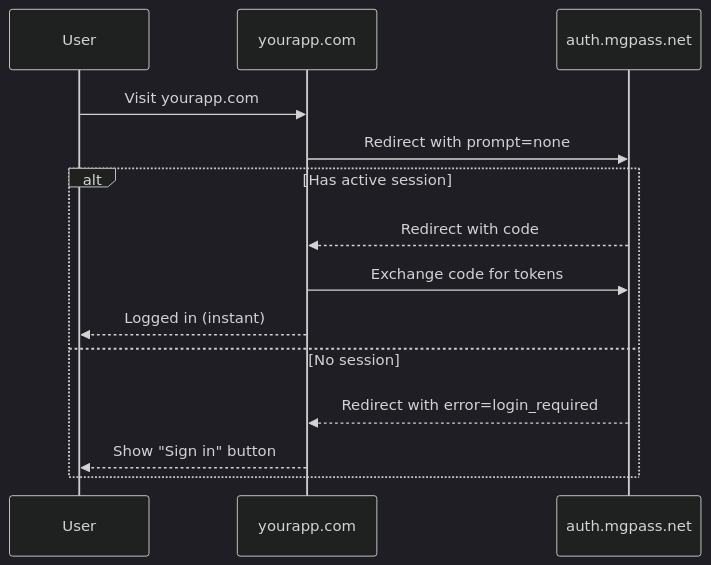
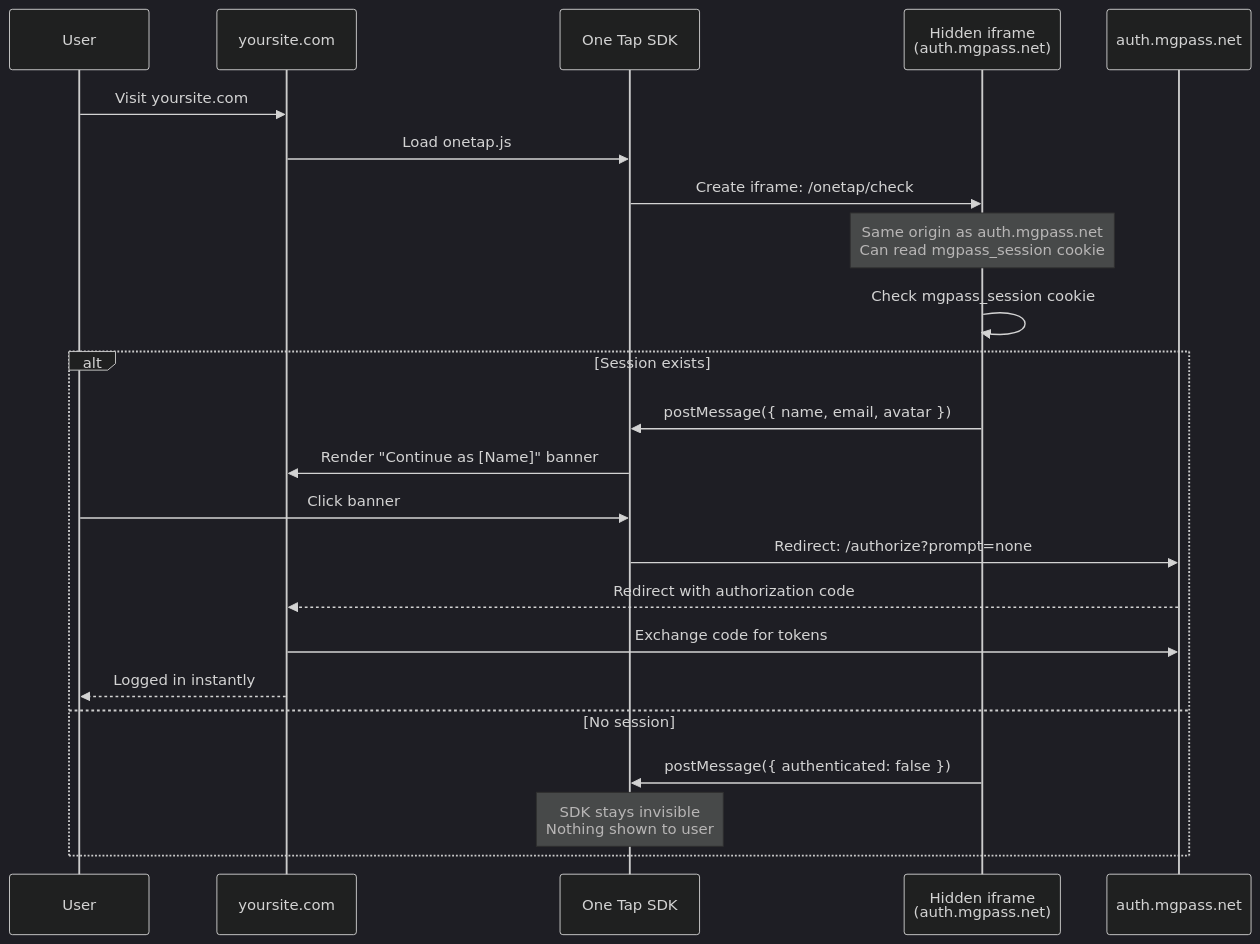
Before and after one commit to mgdmdev/docs: the second of 3 diagrams in guides/sso.mdx, drawn with Mermaid (dark theme). The commit also changed other lines of this file and 7 other files, not shown here.

Commit message:
docs: SSO rewrite, One Tap SDK guide, updated auth endpoints

````diff
--- a/guides/sso.mdx
+++ b/guides/sso.mdx
@@ -198,17 +115,26 @@
 ```mermaid
 sequenceDiagram
     participant User
-    participant App as yourapp.com
+    participant Site as yoursite.com
+    participant SDK as One Tap SDK
+    participant IFrame as Hidden iframe<br/>(auth.mgpass.net)
     participant Auth as auth.mgpass.net
 
-    User->>App: Visit yourapp.com
-    App->>Auth: Redirect with prompt=none
-    alt Has active session
-        Auth-->>App: Redirect with code
-        App->>Auth: Exchange code for tokens
-        App-->>User: Logged in (instant)
+    User->>Site: Visit yoursite.com
+    Site->>SDK: Load onetap.js
+    SDK->>IFrame: Create iframe: /onetap/check
+    Note over IFrame: Same origin as auth.mgpass.net<br/>Can read mgpass_session cookie
+    IFrame->>IFrame: Check mgpass_session cookie
+    alt Session exists
+        IFrame->>SDK: postMessage({ name, email, avatar })
+        SDK->>Site: Render "Continue as [Name]" banner
+        User->>SDK: Click banner
+        SDK->>Auth: Redirect: /authorize?prompt=none
+        Auth-->>Site: Redirect with authorization code
+        Site->>Auth: Exchange code for tokens
+        Site-->>User: Logged in instantly
     else No session
-        Auth-->>App: Redirect with error=login_required
-        App-->>User: Show "Sign in" button
+        IFrame->>SDK: postMessage({ authenticated: false })
+        Note over SDK: SDK stays invisible<br/>Nothing shown to user
     end
 ```
````
